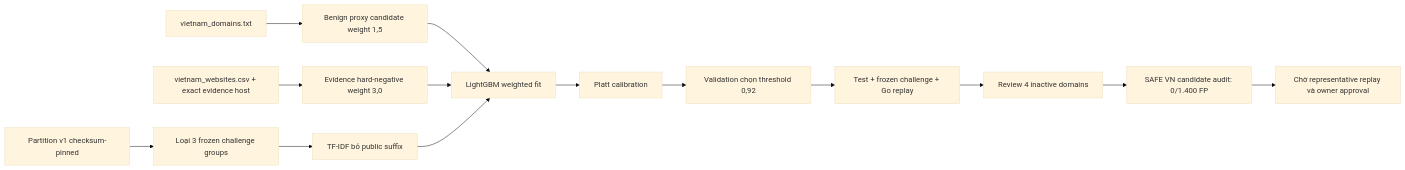
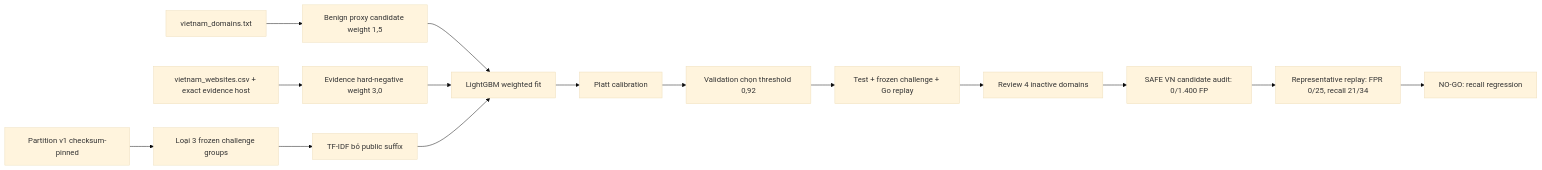
One commit to vmcchooky/safe-zone changed the diagram in docs/research/ml/suffix-debiased-hard-negative-candidate.md. Above: the diagram before and after it, drawn with Mermaid (base theme). The commit also changed other lines of this file and 3 other files, not shown here.

Commit message:
docs(ml): record representative recall regression

````diff
--- a/docs/research/ml/suffix-debiased-hard-negative-candidate.md
+++ b/docs/research/ml/suffix-debiased-hard-negative-candidate.md
@@ -12,16 +12,17 @@
 ```mermaid
 flowchart LR
     A[Partition v1 checksum-pinned] --> B[Loại 3 frozen challenge groups]
     C[vietnam_domains.txt] --> D[Benign proxy candidate weight 1,5]
     E[vietnam_websites.csv + exact evidence host] --> F[Evidence hard-negative weight 3,0]
     B --> G[TF-IDF bỏ public suffix]
     D --> H[LightGBM weighted fit]
     F --> H
     G --> H
     H --> I[Platt calibration]
     I --> J[Validation chọn threshold 0,92]
     J --> K[Test + frozen challenge + Go replay]
     K --> L[Review 4 inactive domains]
     L --> M[SAFE VN candidate audit: 0/1.400 FP]
-    M --> N[Chờ representative replay và owner approval]
+    M --> N[Representative replay: FPR 0/25, recall 21/34]
+    N --> O[NO-GO: recall regression]
 ```
````
